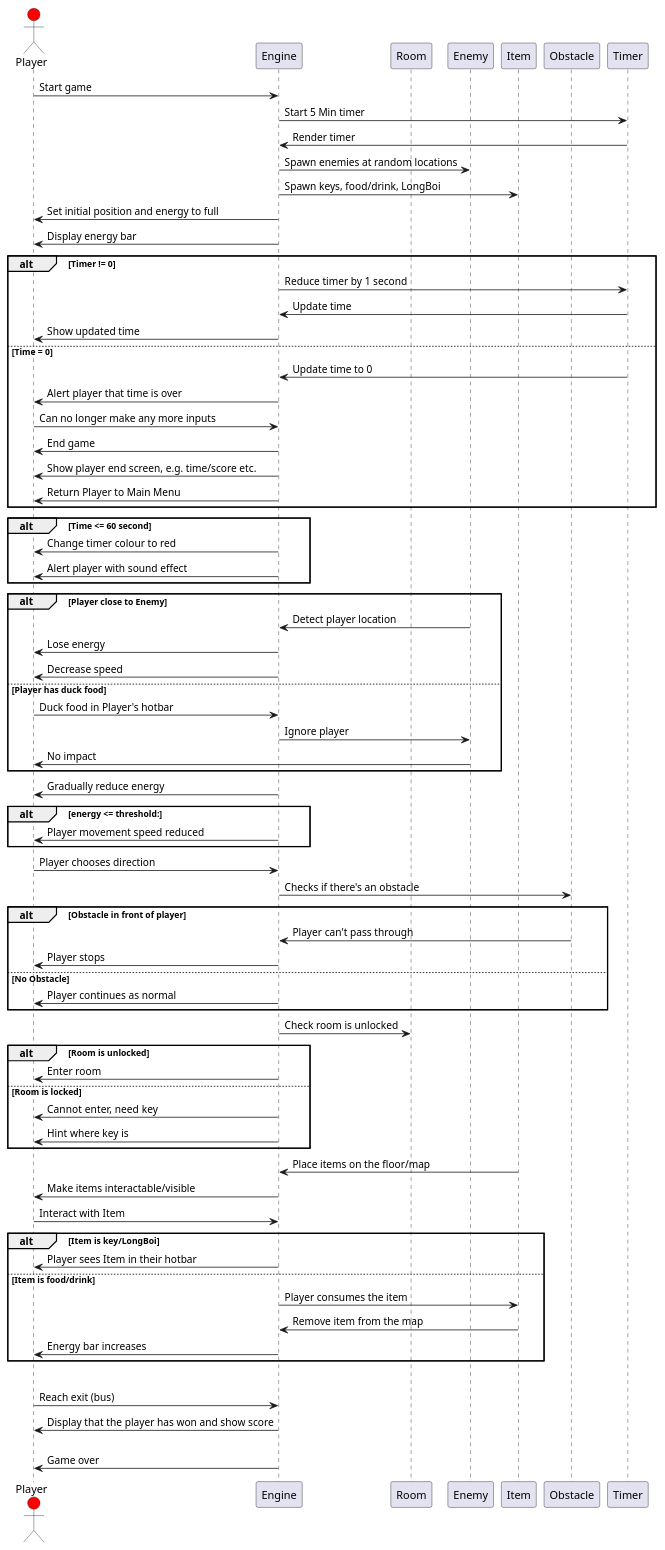
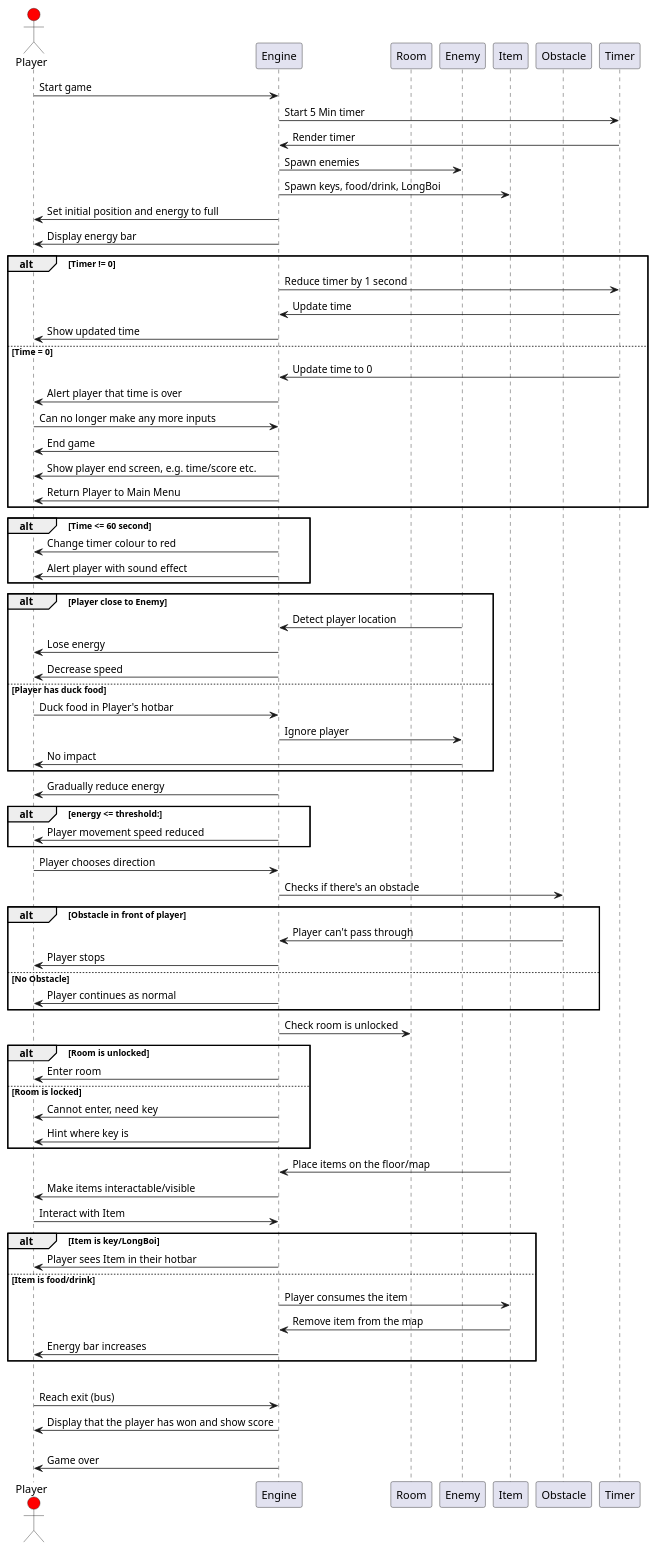
One commit to WHALES-ENG1/WHALES-Assets changed the diagram in Architecture/structuralMain.puml. Above: the diagram before and after it, drawn with PlantUML.

Commit message:
Enemies spawn in specific locations

```diff
--- a/Architecture/structuralMain.puml
+++ b/Architecture/structuralMain.puml
@@ -1,142 +1,142 @@
 @startuml structuralDiagram
 
 'separate diagram for main menu? i.e. settings leaderboard'
 
 'participants: player, room, engine, goose'
 'sequence diagram - mainly decisions'
 
 actor Player #Red
 participant Engine
 participant Room
 participant Enemy
 participant Item
 participant Obstacle
 participant Timer
 
 
 'start of the game'
 
 Player -> Engine: Start game
 Engine -> Timer: Start 5 Min timer
 Timer -> Engine: Render timer
 
 
 'creation of the maze
 
-Engine -> Enemy: Spawn enemies at random locations
+Engine -> Enemy: Spawn enemies
 Engine -> Item: Spawn keys, food/drink, LongBoi
 Engine -> Player: Set initial position and energy to full
 Engine -> Player: Display energy bar
 
 
 'timer:'
 
 alt Timer != 0
     Engine -> Timer: Reduce timer by 1 second
     Timer -> Engine: Update time
     Engine -> Player: Show updated time
 
 else Time = 0
 
     'make more detailed - i.e if the player has won or not:'
     'also add colour changes for important times, e.g. 1 min left'
 
     Timer -> Engine: Update time to 0
     Engine -> Player: Alert player that time is over
     Player -> Engine: Can no longer make any more inputs
     Engine -> Player: End game
     Engine -> Player: Show player end screen, e.g. time/score etc.
     Engine -> Player: Return Player to Main Menu
 
 end
 
 alt Time <= 60 second
     Engine -> Player: Change timer colour to red
     Engine -> Player: Alert player with sound effect
 
 end
 
 
 'goose (enemy):'
 
 alt Player close to Enemy
     Enemy -> Engine: Detect player location
     Engine -> Player: Lose energy
     Engine -> Player: Decrease speed
 
 else Player has duck food
     Player -> Engine: Duck food in Player's hotbar
     Engine -> Enemy: Ignore player
     Enemy -> Player: No impact
 
 end
 
 
 'energy system'
 
 Engine -> Player: Gradually reduce energy
 
 alt energy <= threshold:
     Engine -> Player: Player movement speed reduced
 
 end
 
 
 'player movement:'
 
 Player -> Engine: Player chooses direction
 Engine -> Obstacle: Checks if there's an obstacle
 
 alt Obstacle in front of player
     Obstacle -> Engine: Player can't pass through
     Engine -> Player: Player stops
 
 else No Obstacle
     Engine -> Player: Player continues as normal
 
 end
 
 
 'rooms/doors
 
 Engine -> Room: Check room is unlocked
 
 alt Room is unlocked
     Engine -> Player: Enter room
 
 else Room is locked
     Engine -> Player: Cannot enter, need key
     Engine -> Player: Hint where key is
 
 end
 
 
 'items:'
 
 Item -> Engine: Place items on the floor/map
 Engine -> Player: Make items interactable/visible
 
 Player -> Engine: Interact with Item
 
 alt Item is key/LongBoi
     Engine -> Player: Player sees Item in their hotbar
 
 else Item is food/drink
     Engine -> Item: Player consumes the item
     Item -> Engine: Remove item from the map
     Engine -> Player: Energy bar increases
 
 end
 
 
 'player wins the game (longboi is returned and make the bus):'
 
 alt Player has LongBoi and Time != 0
     Player -> Engine: Reach exit (bus)
     Engine -> Player: Display that the player has won and show score
 
 else Player doesn't have LongBoi or time = 0
     Engine -> Player: Game over
 
 
 @enduml
```
